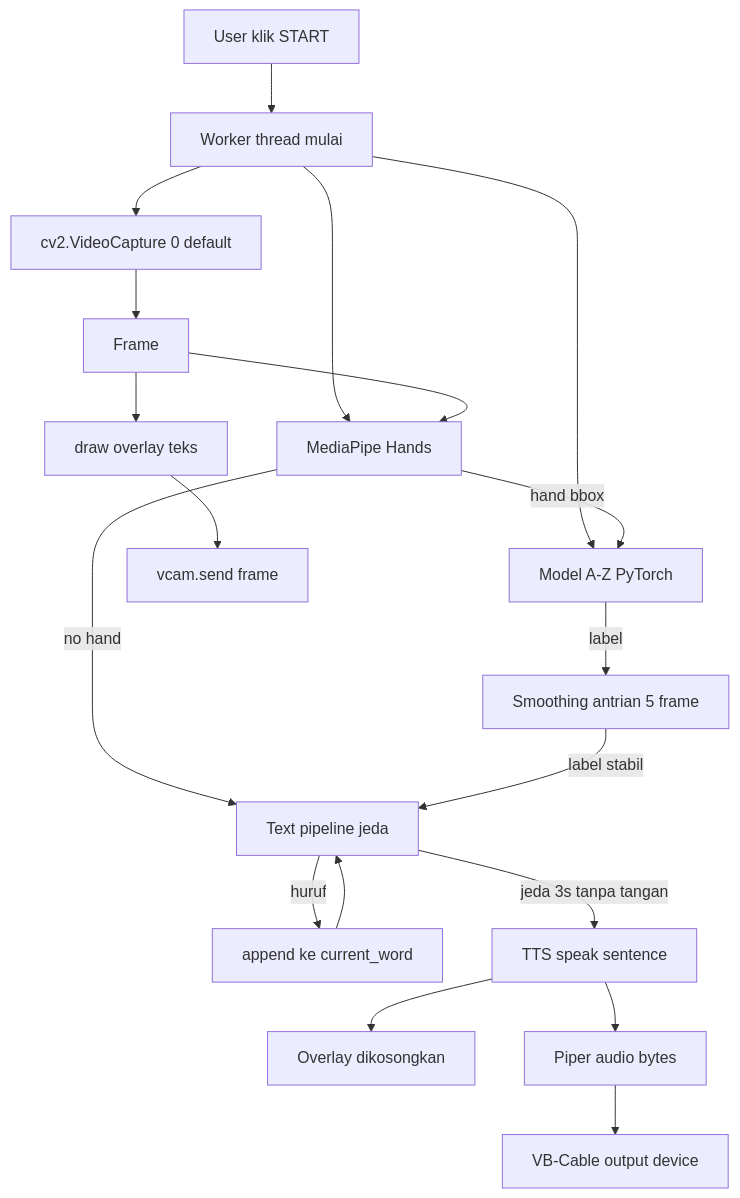
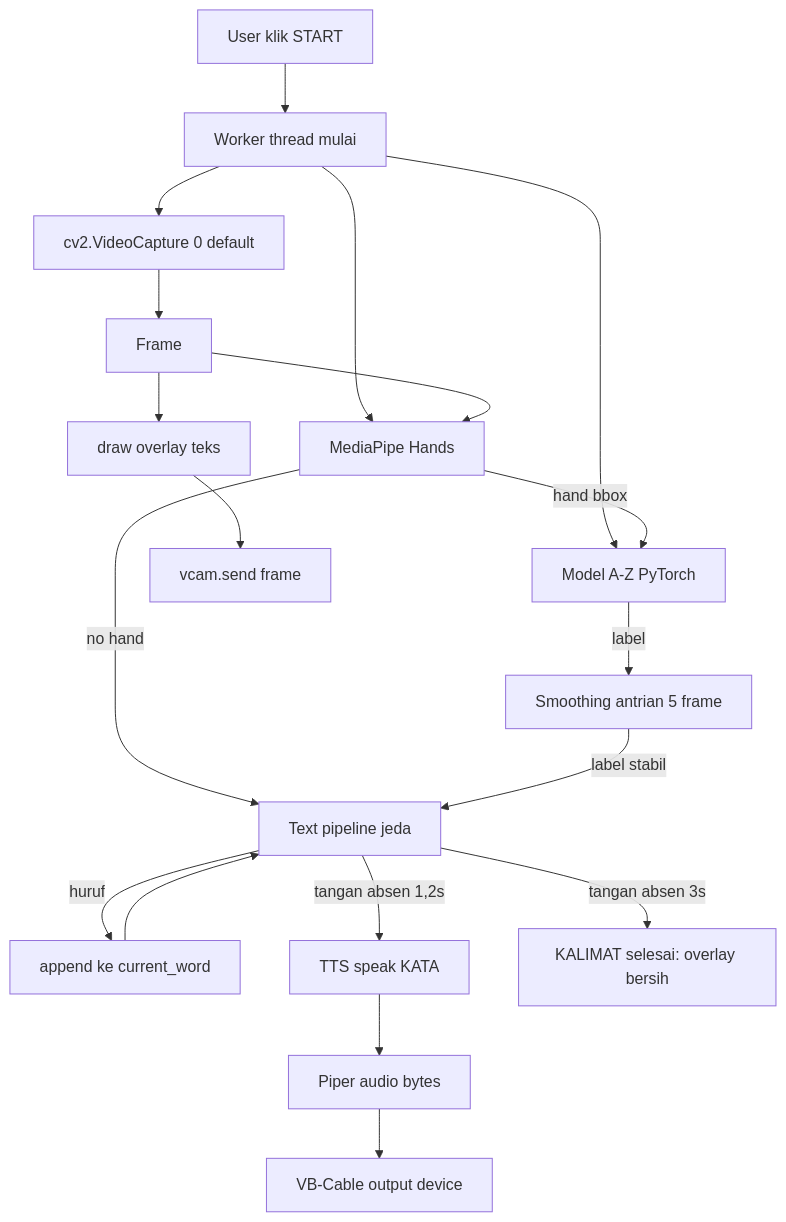
The first of 2 diagrams in docs/TECH_SPEC.md (yayayapluto/isyaratku-cam), drawn with Mermaid before and after one commit. The commit also changed other lines of this file and 5 other files, not shown here.

````diff
--- a/docs/TECH_SPEC.md
+++ b/docs/TECH_SPEC.md
@@ -38,21 +38,21 @@
 ```mermaid
 flowchart TD
     U[User klik START] --> W[Worker thread mulai]
     W --> C[cv2.VideoCapture 0 default]
     W --> M[MediaPipe Hands]
     W --> R[Model A-Z PyTorch]
     C --> F[Frame]
     F --> M
     M -->|no hand| P[Text pipeline jeda]
     M -->|hand bbox| R
     R -->|label| S[Smoothing antrian 5 frame]
     S -->|label stabil| P
     P -->|huruf| T[append ke current_word]
     T --> P
-    P -->|jeda 3s tanpa tangan| SP[TTS speak sentence]
-    SP --> O[Overlay dikosongkan]
+    P -->|tangan absen 1,2s| SP[TTS speak KATA]
+    P -->|tangan absen 3s| CL[KALIMAT selesai: overlay bersih]
     F --> D[draw overlay teks]
     D --> V[vcam.send frame]
     SP --> A[Piper audio bytes]
     A --> CAB[VB-Cable output device]
 ```
````
